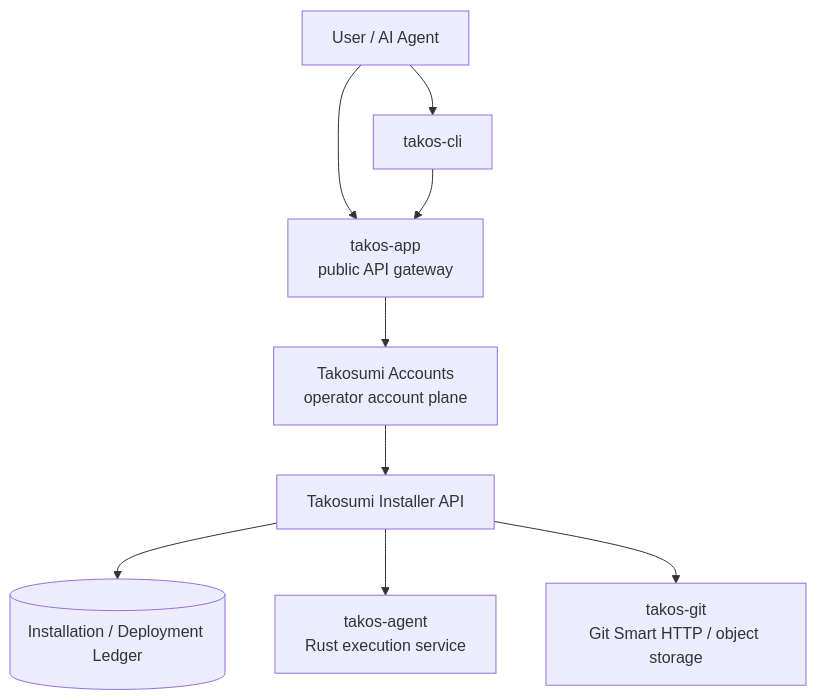
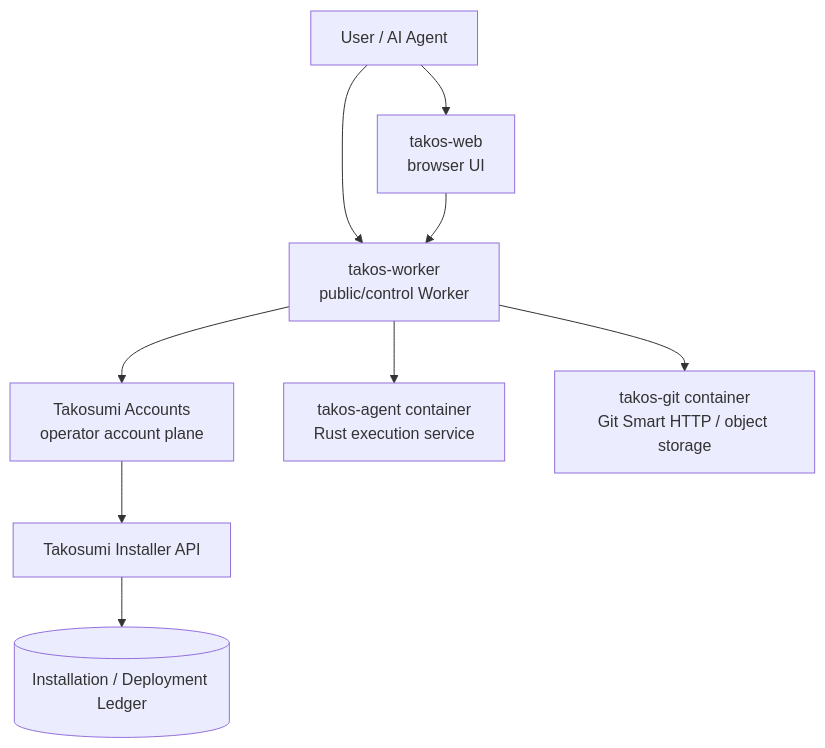
Before and after one commit to tako0614/takos: the first of 5 diagrams in docs/architecture/diagrams.md, drawn with Mermaid. The commit also changed other lines of this file and 2105 other files, not shown here.

````diff
--- a/docs/architecture/diagrams.md
+++ b/docs/architecture/diagrams.md
@@ -18,20 +22,20 @@
 ```mermaid
 graph TB
   User[User / AI Agent]
-  CLI[takos-cli]
-  AppGateway[takos-app<br/>public API gateway]
+  AppGateway[takos-worker<br/>public/control Worker]
+  Web[takos-web<br/>browser UI]
   Accounts[Takosumi Accounts<br/>operator account plane]
   Kernel[Takosumi Installer API]
   Storage[(Installation / Deployment Ledger)]
-  Agent[takos-agent<br/>Rust execution service]
-  Git[takos-git<br/>Git Smart HTTP / object storage]
+  Agent[takos-agent container<br/>Rust execution service]
+  Git[takos-git container<br/>Git Smart HTTP / object storage]
 
-  User --> CLI
+  User --> Web
   User --> AppGateway
-  CLI --> AppGateway
+  Web --> AppGateway
   AppGateway --> Accounts
+  AppGateway --> Agent
+  AppGateway --> Git
   Accounts --> Kernel
   Kernel --> Storage
-  Kernel --> Agent
-  Kernel --> Git
 ```
````
